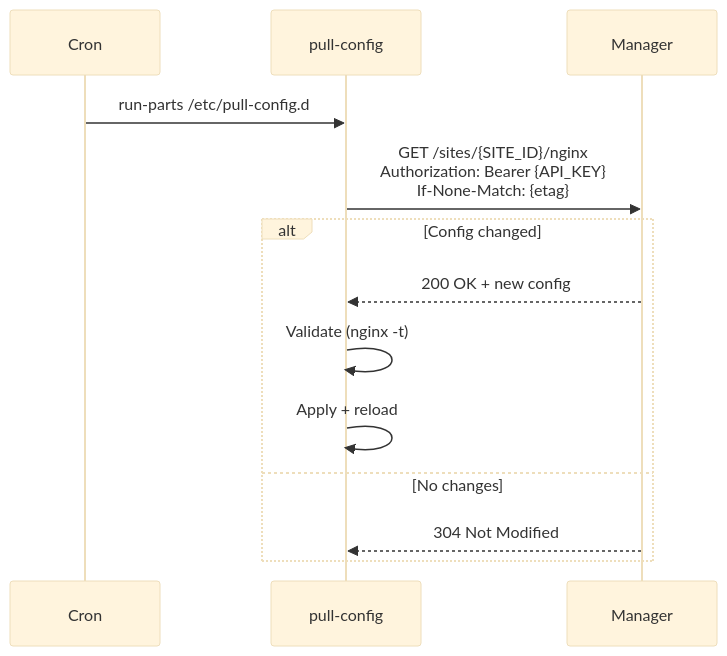
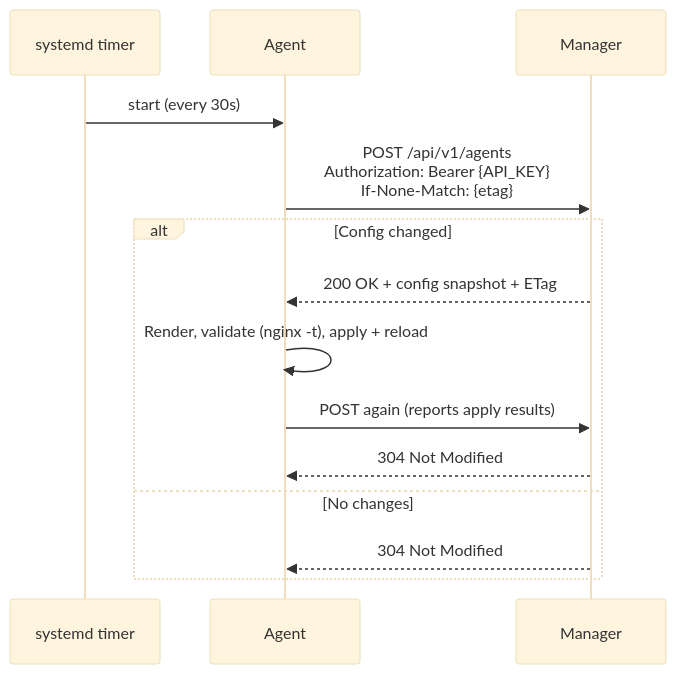
One commit to mieweb/opensource-server changed the second of 2 diagrams in mie-opensource-landing/docs/admins/deploying-agents.md. Above: the diagram before and after it, drawn with Mermaid (base theme). The commit also changed other lines of this file and 61 other files, not shown here.

First line of the commit message:
Replace pull-config with TypeScript agent

````diff
--- a/mie-opensource-landing/docs/admins/deploying-agents.md
+++ b/mie-opensource-landing/docs/admins/deploying-agents.md
@@ -118,16 +119,17 @@
 ```mermaid
 sequenceDiagram
-    participant Cron
-    participant pull-config
+    participant Timer as systemd timer
+    participant Agent
     participant Manager
 
-    Cron->>pull-config: run-parts /etc/pull-config.d
-    pull-config->>Manager: GET /sites/{SITE_ID}/nginx<br/>Authorization: Bearer {API_KEY}<br/>If-None-Match: {etag}
+    Timer->>Agent: start (every 30s)
+    Agent->>Manager: POST /api/v1/agents<br/>Authorization: Bearer {API_KEY}<br/>If-None-Match: {etag}
     alt Config changed
-        Manager-->>pull-config: 200 OK + new config
-        pull-config->>pull-config: Validate (nginx -t)
-        pull-config->>pull-config: Apply + reload
+        Manager-->>Agent: 200 OK + config snapshot + ETag
+        Agent->>Agent: Render, validate (nginx -t), apply + reload
+        Agent->>Manager: POST again (reports apply results)
+        Manager-->>Agent: 304 Not Modified
     else No changes
-        Manager-->>pull-config: 304 Not Modified
+        Manager-->>Agent: 304 Not Modified
     end
 ```
````
